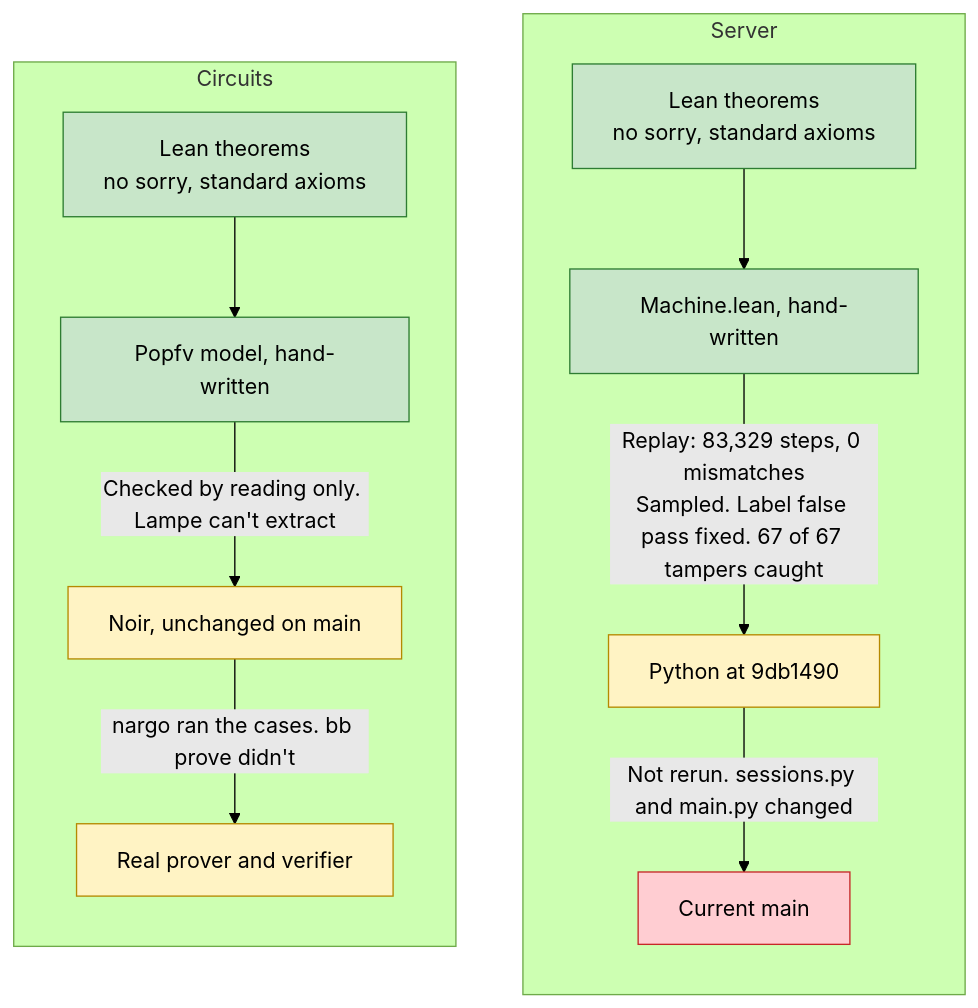
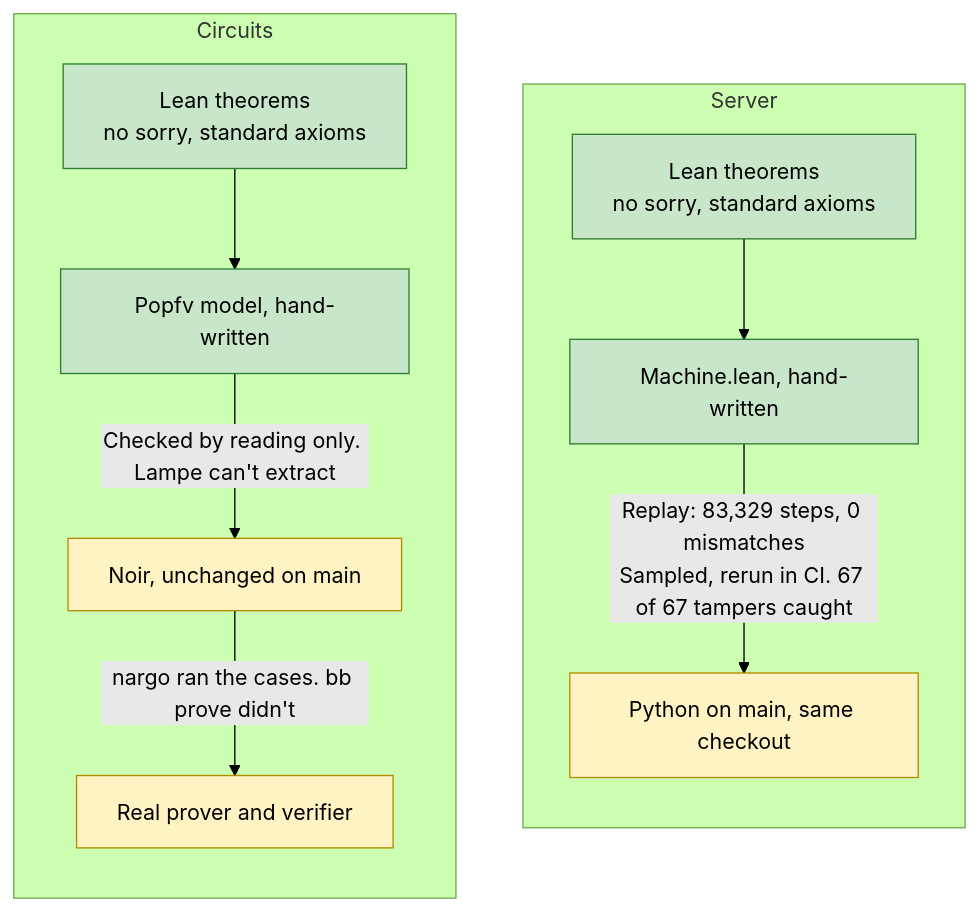
Before and after one commit to tawago/enconomy: the third of 3 diagrams in fv/v1/docs/coverage.md, drawn with Mermaid (forest theme). The commit also changed other lines of this file and 79 other files, not shown here.

````diff
--- a/fv/v1/docs/coverage.md
+++ b/fv/v1/docs/coverage.md
@@ -67,27 +67,25 @@
 ```mermaid
 flowchart TB
     subgraph S["Server"]
         direction TB
         s1["Lean theorems<br/>no sorry, standard axioms"]:::good
         s2["Machine.lean, hand-written"]:::good
-        s3["Python at 9db1490"]:::part
-        s4["Current main"]:::hole
+        s3["Python on main, same checkout"]:::part
         s1 --> s2
-        s2 -- "Replay: 83,329 steps, 0 mismatches<br/>Sampled. Label false pass fixed. 67 of 67 tampers caught" --> s3
-        s3 -- "Not rerun. sessions.py and main.py changed" --> s4
+        s2 -- "Replay: 83,329 steps, 0 mismatches<br/>Sampled, rerun in CI. 67 of 67 tampers caught" --> s3
     end
     subgraph C["Circuits"]
         direction TB
         c1["Lean theorems<br/>no sorry, standard axioms"]:::good
         c2["Popfv model, hand-written"]:::good
         c3["Noir, unchanged on main"]:::part
         c4["Real prover and verifier"]:::part
         c1 --> c2
         c2 -- "Checked by reading only. Lampe can't extract" --> c3
         c3 -- "nargo ran the cases. bb prove didn't" --> c4
     end
 
     classDef good fill:#c8e6c9,stroke:#2e7d32,color:#000
     classDef part fill:#fff3c4,stroke:#b58900,color:#000
     classDef hole fill:#ffcdd2,stroke:#c62828,color:#000
 ```
````
